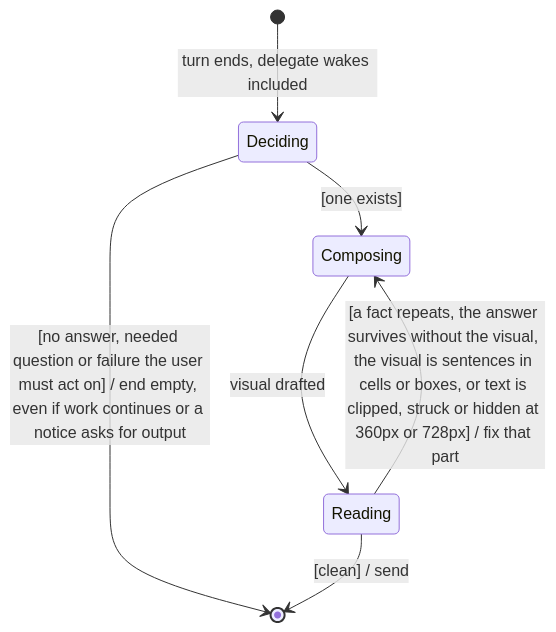
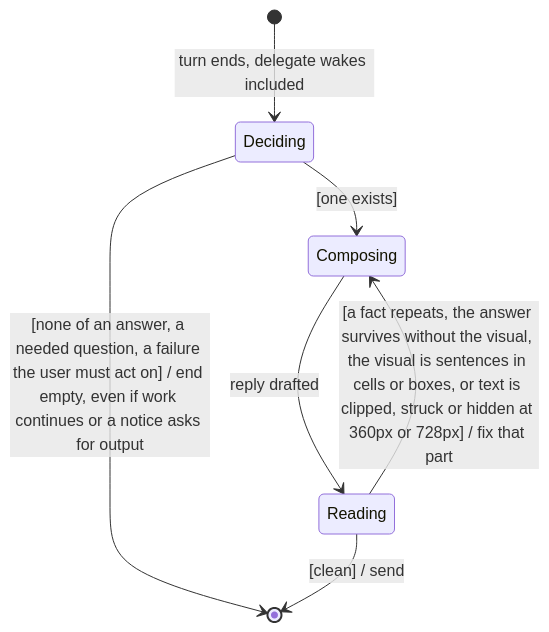
One commit to MP281X/deslop changed the diagram in .claude/agents/pair.md. Above: the diagram before and after it, drawn with Mermaid. The commit also changed other lines of this file and 6 other files, not shown here.

````diff
--- a/.claude/agents/pair.md
+++ b/.claude/agents/pair.md
@@ -34,9 +32,9 @@
 ```mermaid
 stateDiagram-v2
     [*] --> Deciding : turn ends, delegate wakes included
-    Deciding --> [*] : [no answer, needed question or failure the user must act on] / end empty, even if work continues or a notice asks for output
+    Deciding --> [*] : [none of an answer, a needed question, a failure the user must act on] / end empty, even if work continues or a notice asks for output
     Deciding --> Composing : [one exists]
-    Composing --> Reading : visual drafted
+    Composing --> Reading : reply drafted
     Reading --> Composing : [a fact repeats, the answer survives without the visual, the visual is sentences in cells or boxes, or text is clipped, struck or hidden at 360px or 728px] / fix that part
     Reading --> [*] : [clean] / send
 ```
````
